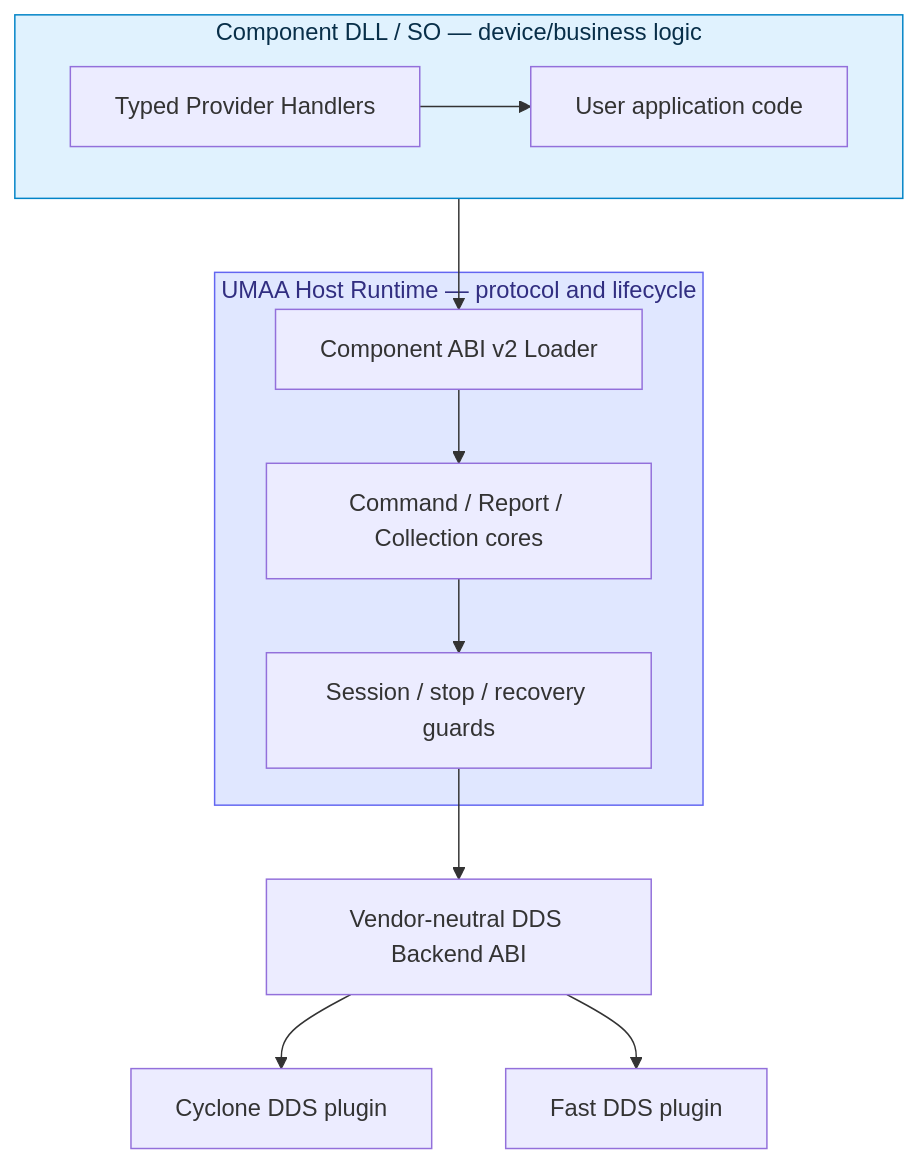
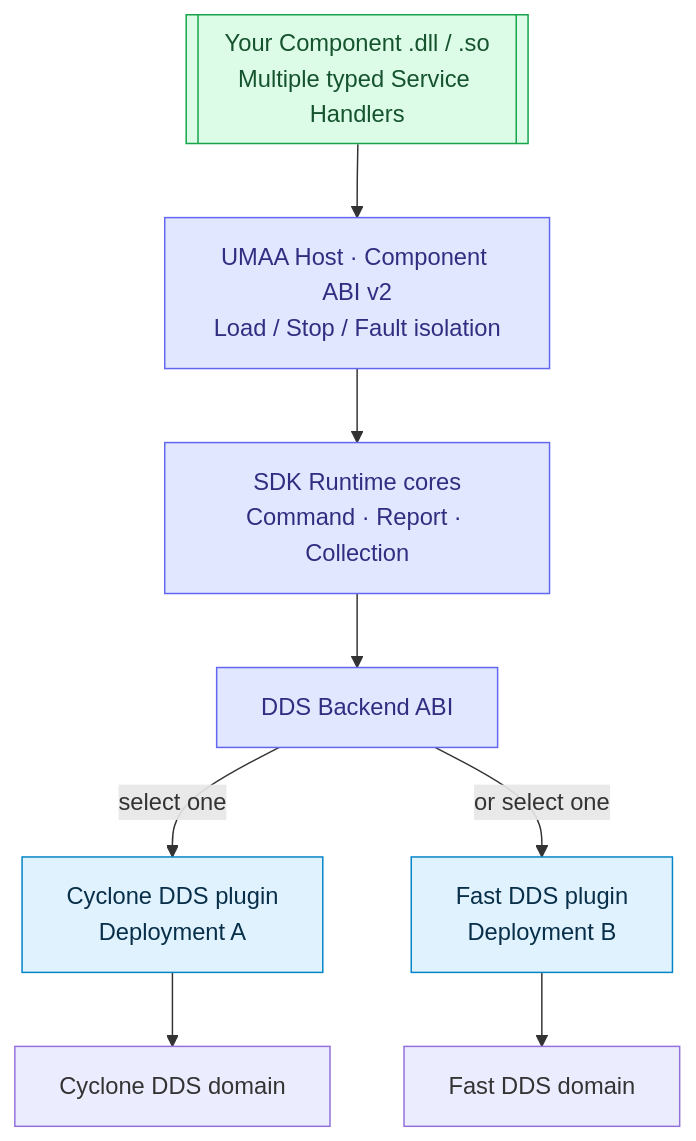
One commit to rydolabs/umaa-kit changed the second of 3 diagrams in README.md. Above: the diagram before and after it, drawn with Mermaid. The commit also changed other lines of this file, not shown here.

Commit message:
docs(readme): lead with service-to-type/topic/pattern-to-one-DLL architecture diagrams and concise truthful capability proof

````diff
--- a/README.md
+++ b/README.md
@@ -177,21 +77,22 @@
 ```mermaid
 flowchart TB
-    subgraph Component["Component DLL / SO — device/business logic"]
-        P["Typed Provider Handlers"]
-        U["User application code"]
-        P --> U
-    end
-    subgraph Runtime["UMAA Host Runtime — protocol and lifecycle"]
-        C["Component ABI v2 Loader"]
-        F["Command / Report / Collection cores"]
-        S["Session / stop / recovery guards"]
-        C --> F
-        F --> S
-    end
-    Component --> C
-    S --> B["Vendor-neutral DDS Backend ABI"]
-    B --> CY["Cyclone DDS plugin"]
-    B --> FA["Fast DDS plugin"]
-    style Component fill:#e0f2fe,color:#082f49,stroke:#0284c7
-    style Runtime fill:#e0e7ff,color:#312e81,stroke:#6366f1
+    APP[["Your Component .dll / .so<br/>Multiple typed Service Handlers"]]
+    HOST["UMAA Host · Component ABI v2<br/>Load / Stop / Fault isolation"]
+    CORE["SDK Runtime cores<br/>Command · Report · Collection"]
+    ABI["DDS Backend ABI"]
+    CY["Cyclone DDS plugin<br/>Deployment A"]
+    FA["Fast DDS plugin<br/>Deployment B"]
+    NETC["Cyclone DDS domain"]
+    NETF["Fast DDS domain"]
+
+    APP --> HOST --> CORE --> ABI
+    ABI -->|"select one"| CY --> NETC
+    ABI -->|"or select one"| FA --> NETF
+
+    classDef module fill:#dcfce7,stroke:#16a34a,color:#14532d
+    classDef core fill:#e0e7ff,stroke:#6366f1,color:#312e81
+    classDef vendor fill:#e0f2fe,stroke:#0284c7,color:#082f49
+    class APP module
+    class HOST,CORE,ABI core
+    class CY,FA vendor
 ```
````
